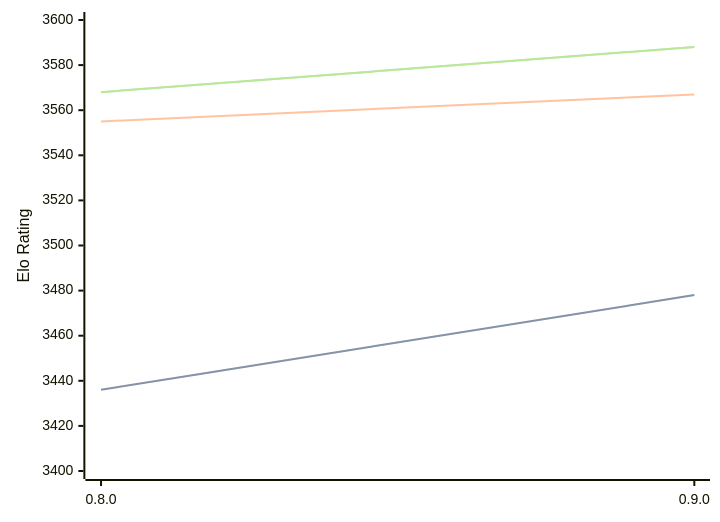
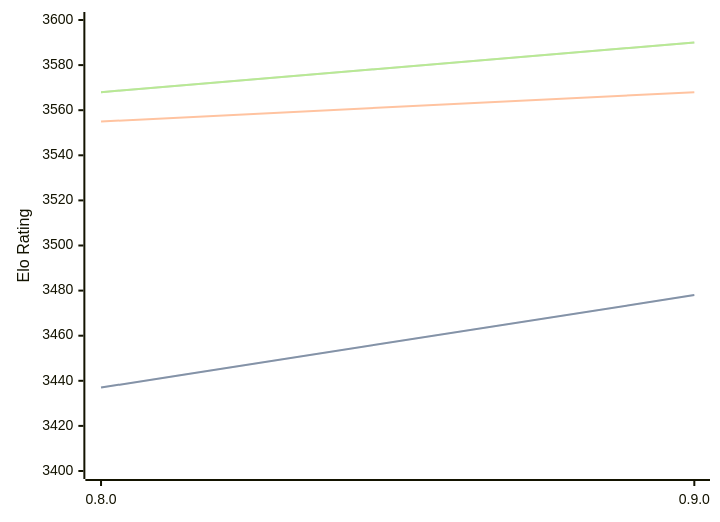
One commit to computer-chess-index/cci changed the diagram in engines/Reckless.md. Above: the diagram before and after it, drawn with Mermaid. The commit also changed other lines of this file, not shown here.

Commit message:
Update CCI Ratings (ELO VLTC) - 2026-08-19

````diff
--- a/engines/Reckless.md
+++ b/engines/Reckless.md
@@ -32,11 +32,11 @@
 ```mermaid
 %%{init: {"theme":"base","themeVariables":{"seriesColors:['#a3a3a3','#222221','#faa371']}}}%%
 xychart-beta
   x-axis ["0.8.0", "0.9.0"]
   y-axis "Elo Rating" 3400 --> 3600
-  line "STC (8.0+0.08s)" [3436, 3478]
-  line "STC (8.0+0.08s)" [3436, 3478]
-  line "LTC (60.0+0.60s)" [3555, 3567]
-  line "VLTC (2m24s+1.12s)" [3568, 3588]
-  line "VLTC (2m24s+1.12s)" [3568, 3588]
+  line "STC (8.0+0.08s)" [3437, 3478]
+  line "STC (8.0+0.08s)" [3437, 3478]
+  line "LTC (60.0+0.60s)" [3555, 3568]
+  line "VLTC (2m24s+1.12s)" [3568, 3590]
+  line "VLTC (2m24s+1.12s)" [3568, 3590]
 ```
````
